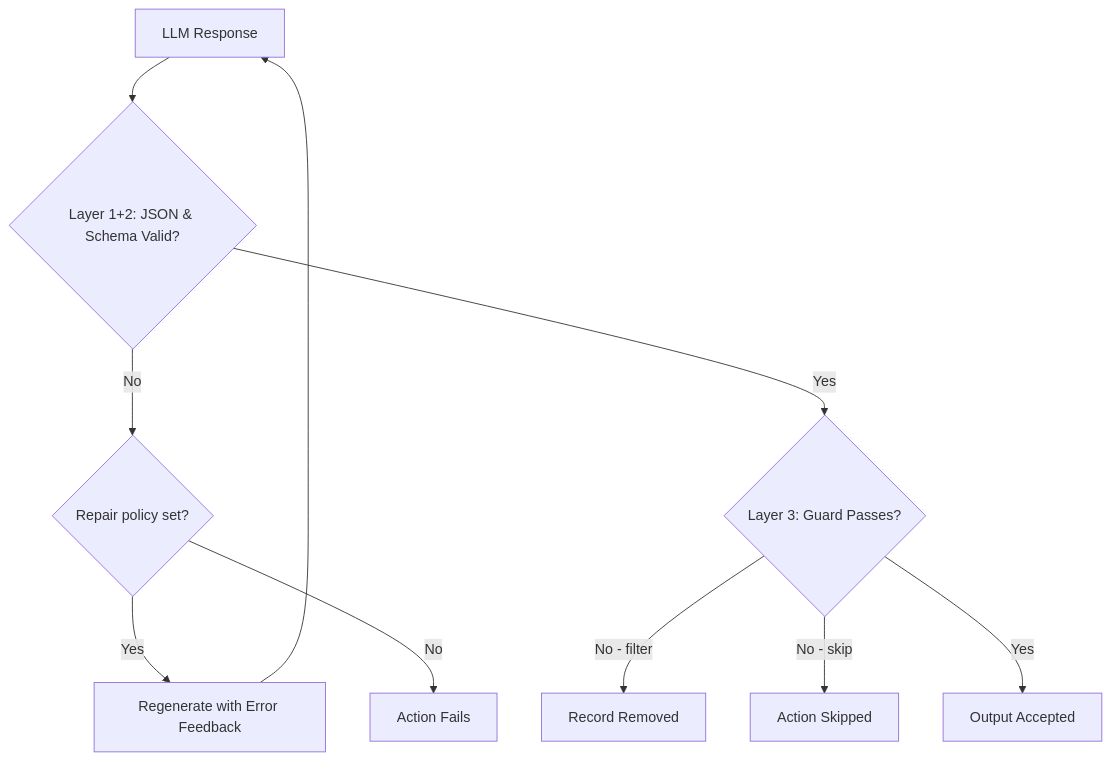
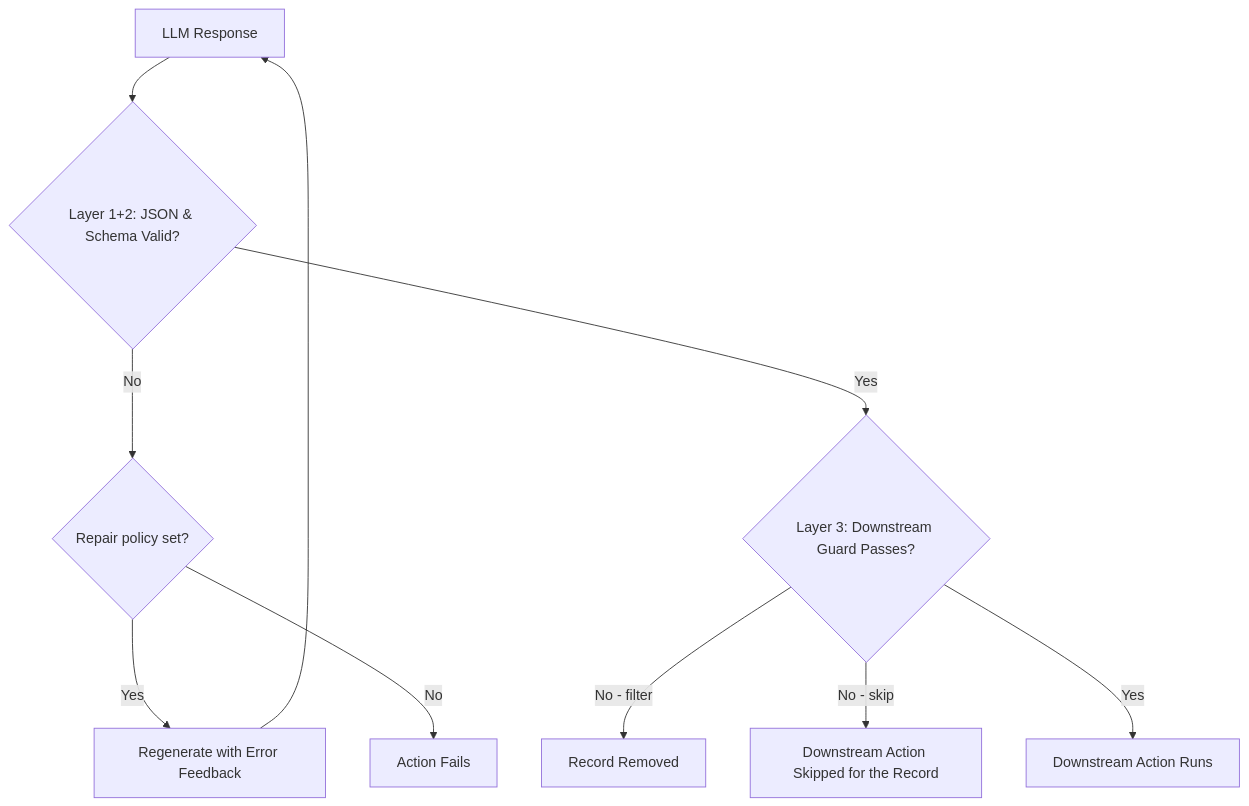
Before and after one commit to Muizzkolapo/agent-actions: the diagram in docs.agent-actions/docs/reference/validation/output-validation.md, drawn with Mermaid. The commit also changed other lines of this file and 62 other files, not shown here.

````diff
--- a/docs.agent-actions/docs/reference/validation/output-validation.md
+++ b/docs.agent-actions/docs/reference/validation/output-validation.md
@@ -16,12 +16,12 @@
 ```mermaid
 flowchart TD
     A[LLM Response] --> B{Layer 1+2: JSON & Schema Valid?}
     B -->|No| G{Repair policy set?}
     G -->|Yes| E[Regenerate with Error Feedback]
     G -->|No| H[Action Fails]
     E --> A
-    B -->|Yes| I{Layer 3: Guard Passes?}
+    B -->|Yes| I{Layer 3: Downstream Guard Passes?}
     I -->|No - filter| J[Record Removed]
-    I -->|No - skip| K[Action Skipped]
-    I -->|Yes| L[Output Accepted]
+    I -->|No - skip| K[Downstream Action Skipped for the Record]
+    I -->|Yes| L[Downstream Action Runs]
 ```
````
